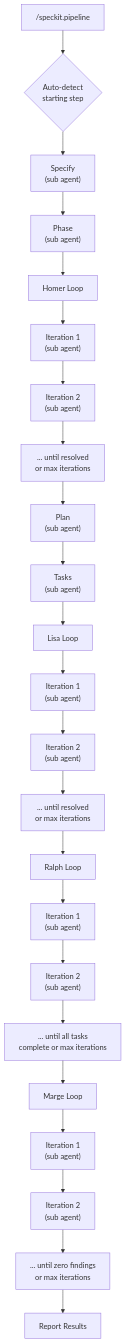
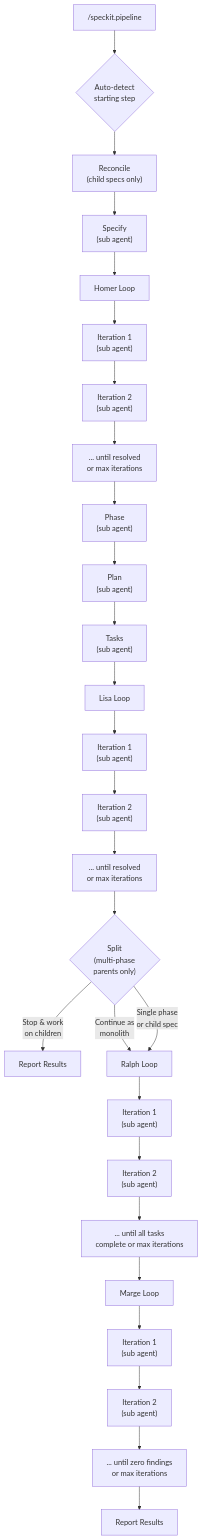
Before and after one commit to jnhuynh/spec-kit-simpsons-loops: the first of 2 diagrams in README.md, drawn with Mermaid. The commit also changed other lines of this file and 6 other files, not shown here.

First line of the commit message:
feat(phase-aware-specs): [c31c] add reconcile and split as pipeline steps, reorder phase after homer

````diff
--- a/README.md
+++ b/README.md
@@ -39,25 +33,29 @@
 ```mermaid
 flowchart TD
     A["/speckit.pipeline"] --> B{Auto-detect\nstarting step}
-    B --> C["Specify\n(sub agent)"]
-    C --> P["Phase\n(sub agent)"]
-    P --> D["Homer Loop"]
+    B --> R["Reconcile\n(child specs only)"]
+    R --> C["Specify\n(sub agent)"]
+    C --> D["Homer Loop"]
     D --> D1["Iteration 1\n(sub agent)"]
     D1 --> D2["Iteration 2\n(sub agent)"]
     D2 --> D3["... until resolved\nor max iterations"]
-    D3 --> E["Plan\n(sub agent)"]
+    D3 --> P["Phase\n(sub agent)"]
+    P --> E["Plan\n(sub agent)"]
     E --> F["Tasks\n(sub agent)"]
     F --> G["Lisa Loop"]
     G --> G1["Iteration 1\n(sub agent)"]
     G1 --> G2["Iteration 2\n(sub agent)"]
     G2 --> G3["... until resolved\nor max iterations"]
-    G3 --> H["Ralph Loop"]
+    G3 --> S{"Split\n(multi-phase\nparents only)"}
+    S -->|"Stop & work\non children"| I2["Report Results"]
+    S -->|"Continue as\nmonolith"| H["Ralph Loop"]
+    S -->|"Single phase\nor child spec"| H
     H --> H1["Iteration 1\n(sub agent)"]
     H1 --> H2["Iteration 2\n(sub agent)"]
     H2 --> H3["... until all tasks\ncomplete or max iterations"]
     H3 --> M["Marge Loop"]
     M --> M1["Iteration 1\n(sub agent)"]
     M1 --> M2["Iteration 2\n(sub agent)"]
     M2 --> M3["... until zero findings\nor max iterations"]
     M3 --> I["Report Results"]
 ```
````
